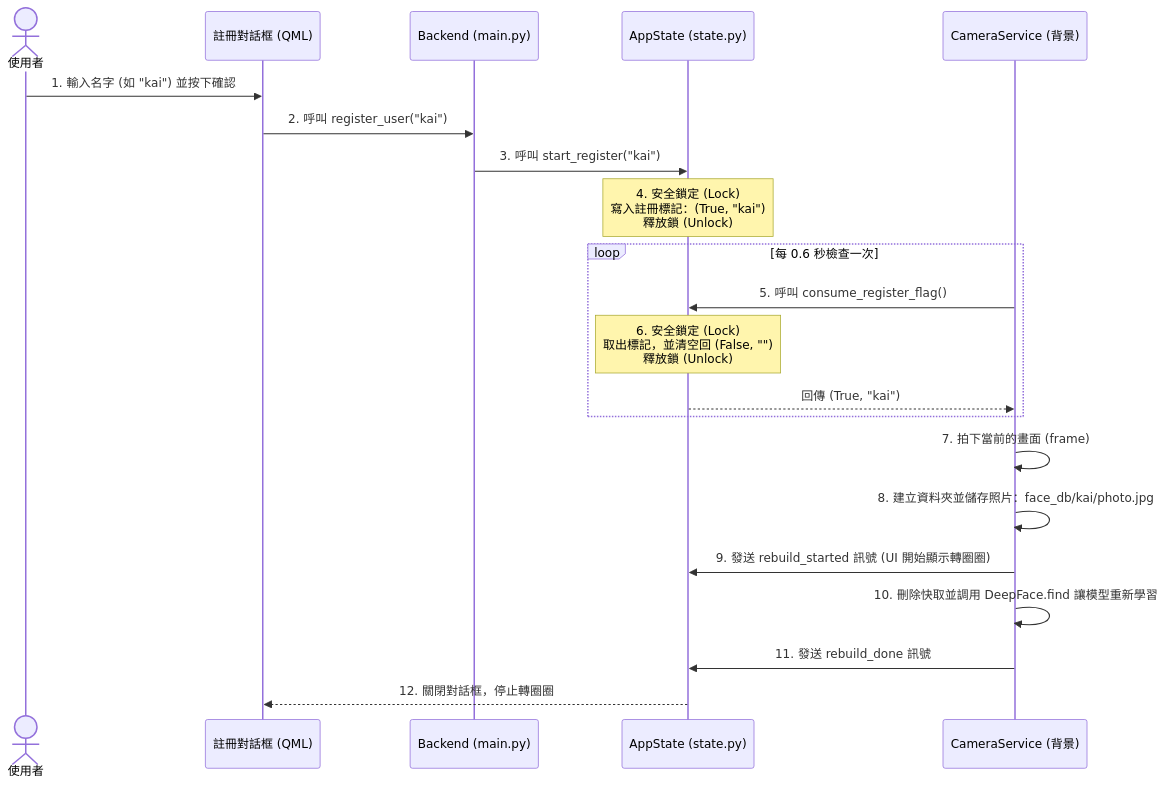
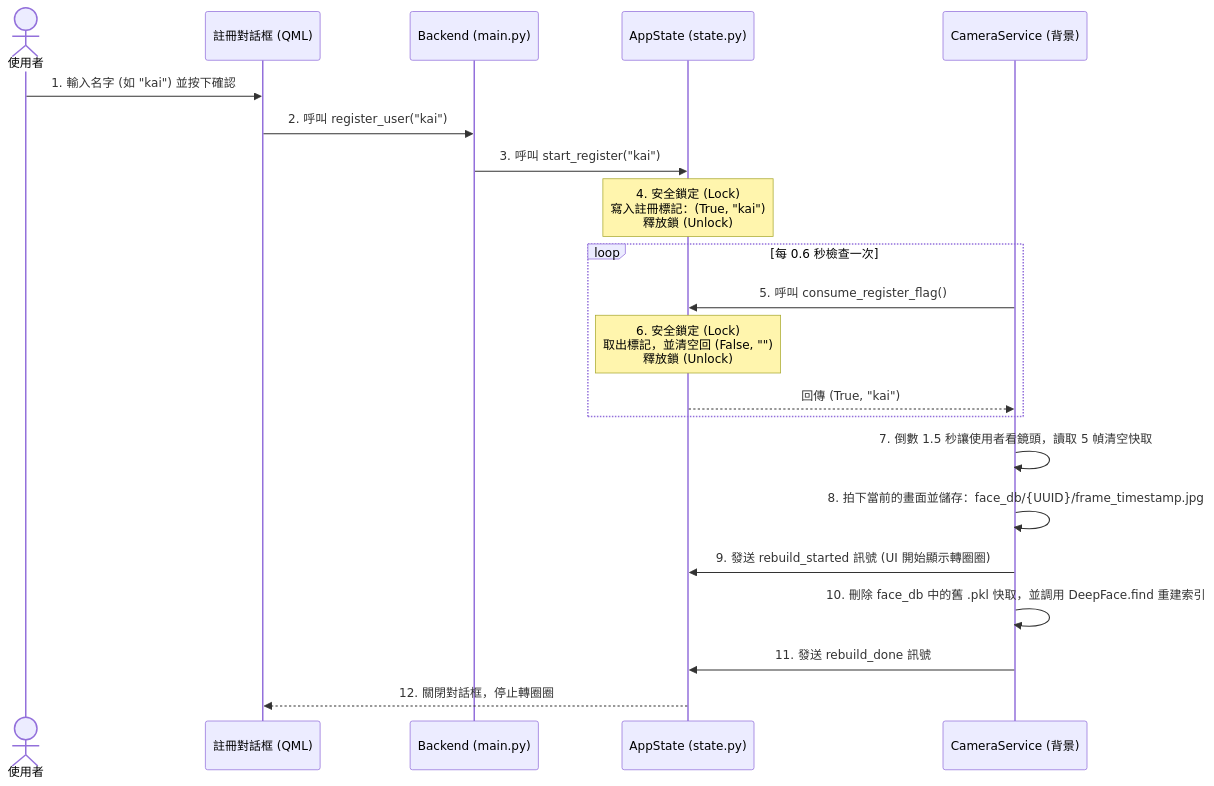
Before and after one commit to Kaih1825/Glance: the third of 5 diagrams in README.md, drawn with Mermaid. The commit also changed other lines of this file, not shown here.

````diff
--- a/README.md
+++ b/README.md
@@ -81,26 +135,26 @@
 ```mermaid
 sequenceDiagram
     actor User as 使用者
     participant QML as 註冊對話框 (QML)
     participant Backend as Backend (main.py)
     participant State as AppState (state.py)
     participant Camera as CameraService (背景)
     
     User->>QML: 1. 輸入名字 (如 "kai") 並按下確認
     QML->>Backend: 2. 呼叫 register_user("kai")
     Backend->>State: 3. 呼叫 start_register("kai")
     Note over State: 4. 安全鎖定 (Lock)<br/>寫入註冊標記：(True, "kai")<br/>釋放鎖 (Unlock)
     
     loop 每 0.6 秒檢查一次
         Camera->>State: 5. 呼叫 consume_register_flag()
         Note over State: 6. 安全鎖定 (Lock)<br/>取出標記，並清空回 (False, "")<br/>釋放鎖 (Unlock)
         State-->>Camera: 回傳 (True, "kai")
     end
     
-    Camera->>Camera: 7. 拍下當前的畫面 (frame)
-    Camera->>Camera: 8. 建立資料夾並儲存照片：face_db/kai/photo.jpg
+    Camera->>Camera: 7. 倒數 1.5 秒讓使用者看鏡頭，讀取 5 幀清空快取
+    Camera->>Camera: 8. 拍下當前的畫面並儲存：face_db/{UUID}/frame_timestamp.jpg
     Camera->>State: 9. 發送 rebuild_started 訊號 (UI 開始顯示轉圈圈)
-    Camera->>Camera: 10. 刪除快取並調用 DeepFace.find 讓模型重新學習
+    Camera->>Camera: 10. 刪除 face_db 中的舊 .pkl 快取，並調用 DeepFace.find 重建索引
     Camera->>State: 11. 發送 rebuild_done 訊號
     State-->>QML: 12. 關閉對話框，停止轉圈圈
 ```
````
